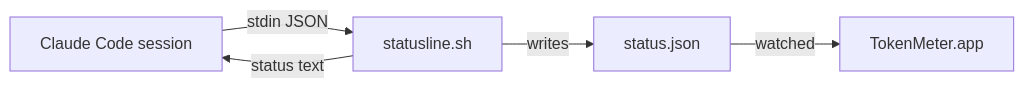
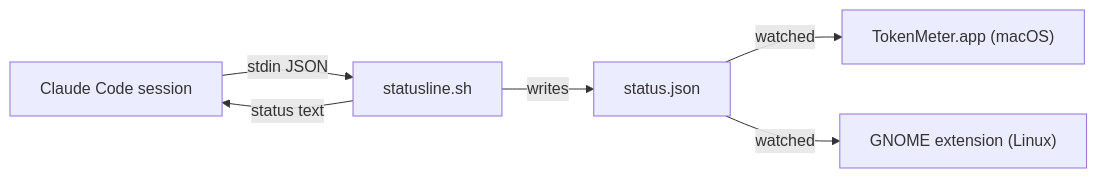
One commit to sh4r11f/tokenmeter changed the diagram in README.md. Above: the diagram before and after it, drawn with Mermaid. The commit also changed other lines of this file and 19 other files, not shown here.

First line of the commit message:
Add Linux support via a GNOME Shell extension

````diff
--- a/README.md
+++ b/README.md
@@ -16,7 +19,8 @@
 ```mermaid
 flowchart LR
     A[Claude Code session] -- "stdin JSON" --> B[statusline.sh]
     B -- "writes" --> C[status.json]
-    C -- "watched" --> D[TokenMeter.app]
     B -- "status text" --> A
+    C -- "watched" --> D["TokenMeter.app (macOS)"]
+    C -- "watched" --> E["GNOME extension (Linux)"]
 ```
````
